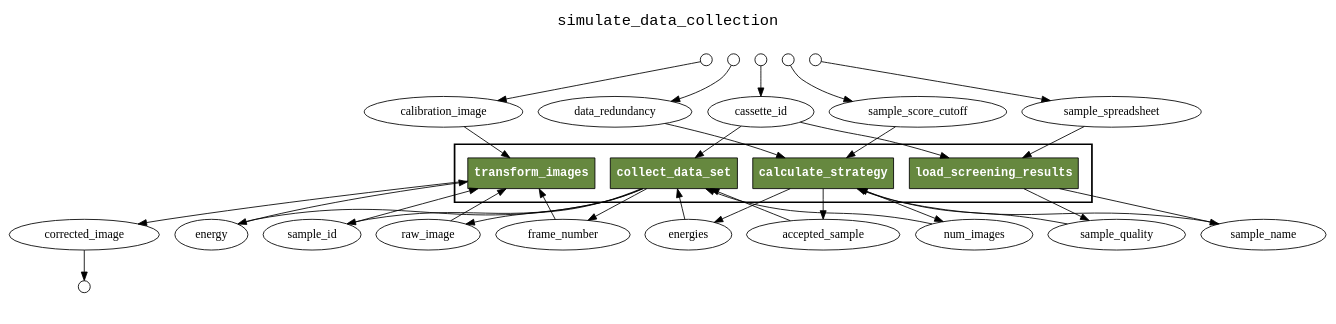
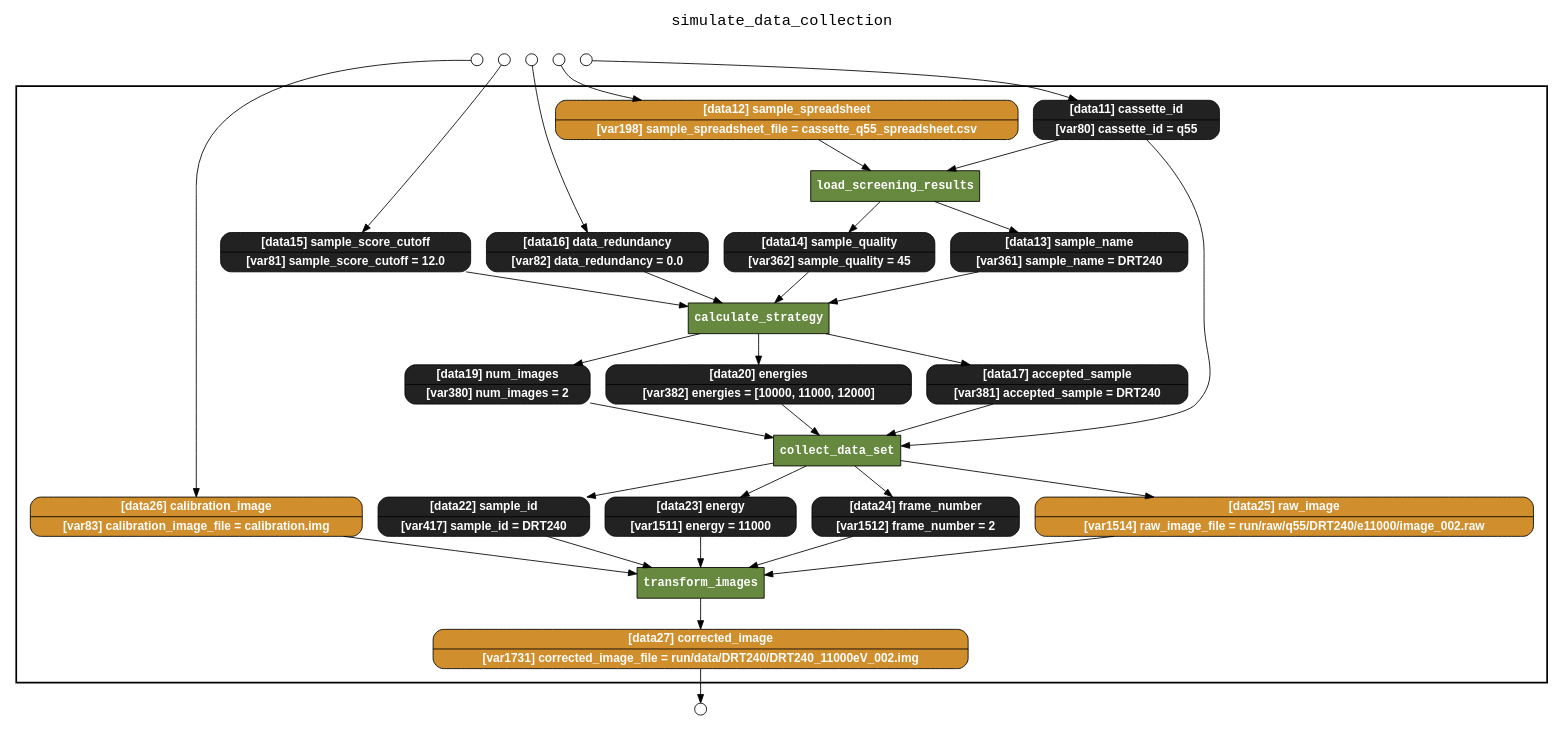
Before and after one commit to yesworkflow-org/yw-noworkflow: the diagram in examples/simulate_data_collection/graph/yw_nw_retrospective_lineage.gv, drawn with Graphviz. The commit also changed 18 other files, not shown here.

```diff
--- a/examples/simulate_data_collection/graph/yw_nw_retrospective_lineage.gv
+++ b/examples/simulate_data_collection/graph/yw_nw_retrospective_lineage.gv
@@ -1,62 +1,77 @@
 
 digraph yw_data_view {
 rankdir=TB
 fontname=Courier; fontsize=18; labelloc=t
 label="simulate_data_collection"
 subgraph cluster_workflow { label=""; color=black; penwidth=2
 subgraph cluster_workflow_inner { label=""; color=white
 node[shape=box style=filled fillcolor="#66883F" peripheries=1 fontname="Courier-Bold" fontcolor=white]
 collect_data_set
 calculate_strategy
 load_screening_results
 transform_images
 node[shape=box style="filled" fillcolor="#CCFFCC" peripheries=1 fontname=Courier]
 node[shape=box style="rounded,filled" fillcolor="#D18E2C" peripheries=1 fontname="Helvetica-Bold"]
+sample_spreadsheet [shape=record rankdir=LR label="{<f0> [data12] sample_spreadsheet |<f1> [var198] sample_spreadsheet_file = cassette_q55_spreadsheet.csv}"]
+raw_image [shape=record rankdir=LR label="{<f0> [data25] raw_image |<f1> [var1514] raw_image_file = run/raw/q55/DRT240/e11000/image_002.raw}"]
+calibration_image [shape=record rankdir=LR label="{<f0> [data26] calibration_image |<f1> [var83] calibration_image_file = calibration.img}"]
+corrected_image [shape=record rankdir=LR label="{<f0> [data27] corrected_image |<f1> [var1731] corrected_image_file = run/data/DRT240/DRT240_11000eV_002.img}"]
 node[shape=box style="rounded,filled" fillcolor="#222222" peripheries=1 fontname="Helvetica-Bold"]
+cassette_id [shape=record rankdir=LR label="{<f0> [data11] cassette_id |<f1> [var80] cassette_id = q55}"]
+sample_name [shape=record rankdir=LR label="{<f0> [data13] sample_name |<f1> [var361] sample_name = DRT240}"]
+sample_quality [shape=record rankdir=LR label="{<f0> [data14] sample_quality |<f1> [var362] sample_quality = 45}"]
+sample_score_cutoff [shape=record rankdir=LR label="{<f0> [data15] sample_score_cutoff |<f1> [var81] sample_score_cutoff = 12.0}"]
+data_redundancy [shape=record rankdir=LR label="{<f0> [data16] data_redundancy |<f1> [var82] data_redundancy = 0.0}"]
+accepted_sample [shape=record rankdir=LR label="{<f0> [data17] accepted_sample |<f1> [var381] accepted_sample = DRT240}"]
+num_images [shape=record rankdir=LR label="{<f0> [data19] num_images |<f1> [var380] num_images = 2}"]
+energies [shape=record rankdir=LR label="{<f0> [data20] energies |<f1> [var382] energies = [10000, 11000, 12000]}"]
+sample_id [shape=record rankdir=LR label="{<f0> [data22] sample_id |<f1> [var417] sample_id = DRT240}"]
+energy [shape=record rankdir=LR label="{<f0> [data23] energy |<f1> [var1511] energy = 11000}"]
+frame_number [shape=record rankdir=LR label="{<f0> [data24] frame_number |<f1> [var1512] frame_number = 2}"]
 }}
 subgraph cluster_inflows { label=""; color=white; penwidth=2
 subgraph cluster_inflows_inner { label=""; color=white
 node[shape=circle fillcolor="#FFFFFF" peripheries=1 width=0.2]
 sample_spreadsheet_inflow [label=""]
 calibration_image_inflow [label=""]
 sample_score_cutoff_inflow [label=""]
 data_redundancy_inflow [label=""]
 cassette_id_inflow [label=""]
 }}
 subgraph cluster_outflows { label=""; color=white; penwidth=2
 subgraph cluster_outflows_inner { label=""; color=white
 node[shape=circle fillcolor="#FFFFFF" peripheries=1 width=0.2]
 corrected_image_outflow [label=""]
 }}
+data_redundancy -> calculate_strategy
+accepted_sample -> collect_data_set
+sample_id -> transform_images
+frame_number -> transform_images
+num_images -> collect_data_set
+energy -> transform_images
+sample_name -> calculate_strategy
+raw_image -> transform_images
+sample_spreadsheet -> load_screening_results
+energies -> collect_data_set
+calibration_image -> transform_images
+sample_quality -> calculate_strategy
+sample_score_cutoff -> calculate_strategy
 cassette_id -> collect_data_set
 cassette_id -> load_screening_results
-accepted_sample -> collect_data_set
-frame_number -> transform_images
-energy -> transform_images
-sample_id -> transform_images
-sample_spreadsheet -> load_screening_results
-raw_image -> transform_images
-num_images -> collect_data_set
-sample_score_cutoff -> calculate_strategy
-calibration_image -> transform_images
-energies -> collect_data_set
-data_redundancy -> calculate_strategy
-sample_name -> calculate_strategy
-sample_quality -> calculate_strategy
 load_screening_results -> sample_name
 load_screening_results -> sample_quality
 calculate_strategy -> accepted_sample
 calculate_strategy -> num_images
 calculate_strategy -> energies
 collect_data_set -> sample_id
 collect_data_set -> energy
 collect_data_set -> frame_number
 collect_data_set -> raw_image
 transform_images -> corrected_image
 sample_spreadsheet_inflow -> sample_spreadsheet
 calibration_image_inflow -> calibration_image
 sample_score_cutoff_inflow -> sample_score_cutoff
 data_redundancy_inflow -> data_redundancy
 cassette_id_inflow -> cassette_id
 corrected_image -> corrected_image_outflow
 }
```
